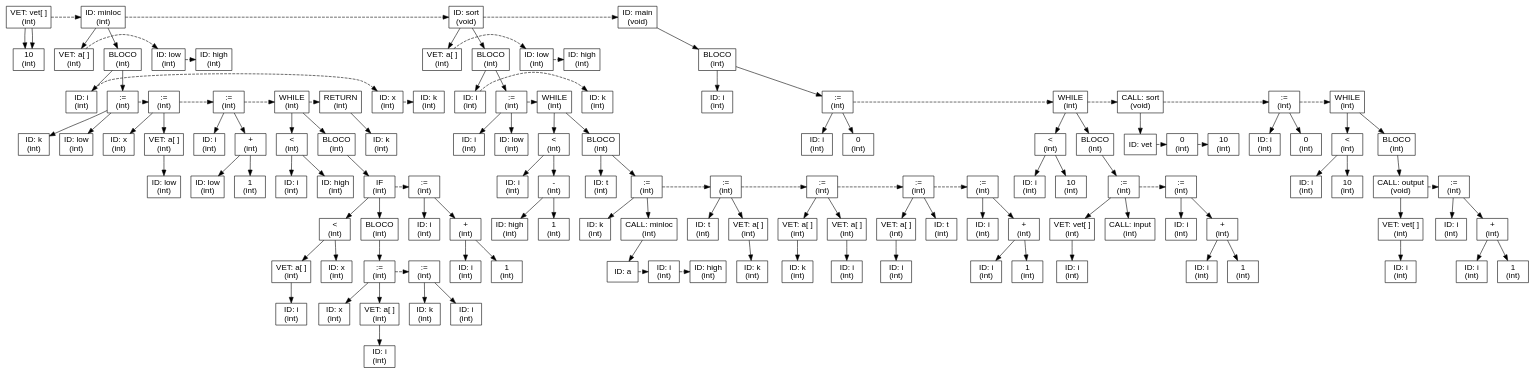
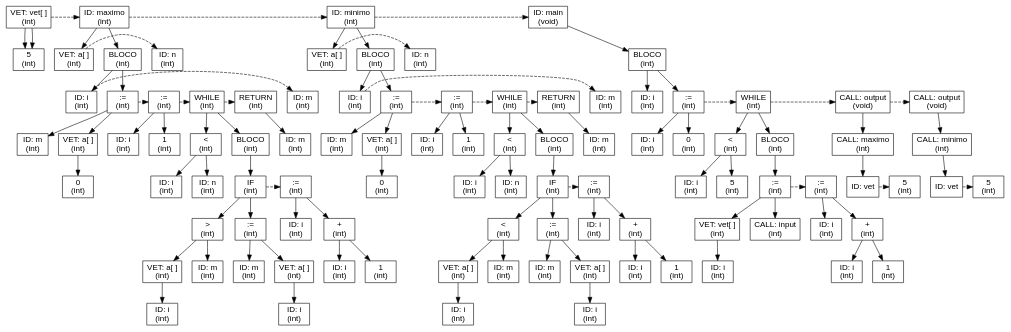
The diagram in Compilador/arvore.dot (brenonak/cminus-mips-compiler-processor), drawn with Graphviz before and after one commit. The commit also changed 13 other files, not shown here.

```diff
--- a/Compilador/arvore.dot
+++ b/Compilador/arvore.dot
@@ -2,263 +2,201 @@
   ordering=out;
 node [shape=box, fontname="Arial"];
 edge [fontname="Arial"];
-node00D11B00 [label="VET: vet[ ]\n(int)"];
-node00D11B00 -> node00D11B40;
-node00D11B40 [label="10\n(int)"];
-node00D11B00 -> node00D11B40;
-node00D11B40 [label="10\n(int)"];
-{ rank=same; node00D11B00 -> node00D1CF48 [style=dashed]; }
-node00D1CF48 [label="ID: minloc\n(int)"];
-node00D1CF48 -> node00D11BE8;
-node00D11BE8 [label="VET: a[ ]\n(int)"];
-{ rank=same; node00D11BE8 -> node00D11C58 [style=dashed]; }
-node00D11C58 [label="ID: low\n(int)"];
-{ rank=same; node00D11C58 -> node00D104B8 [style=dashed]; }
-node00D104B8 [label="ID: high\n(int)"];
-node00D1CF48 -> node00D1D368;
-node00D1D368 [label="BLOCO\n(int)"];
-node00D1D368 -> node00D104E8;
-node00D104E8 [label="ID: i\n(int)"];
-{ rank=same; node00D104E8 -> node00D10518 [style=dashed]; }
-node00D10518 [label="ID: x\n(int)"];
-{ rank=same; node00D10518 -> node00D10548 [style=dashed]; }
-node00D10548 [label="ID: k\n(int)"];
-node00D1D368 -> node00D1C4A8;
-node00D1C4A8 [label=":=\n(int)"];
-node00D1C4A8 -> node00D10578;
-node00D10578 [label="ID: k\n(int)"];
-node00D1C4A8 -> node00D1C478;
-node00D1C478 [label="ID: low\n(int)"];
-{ rank=same; node00D1C4A8 -> node00D1C568 [style=dashed]; }
-node00D1C568 [label=":=\n(int)"];
-node00D1C568 -> node00D1C4D8;
-node00D1C4D8 [label="ID: x\n(int)"];
-node00D1C568 -> node00D1C538;
-node00D1C538 [label="VET: a[ ]\n(int)"];
-node00D1C538 -> node00D1C508;
-node00D1C508 [label="ID: low\n(int)"];
-{ rank=same; node00D1C568 -> node00D1CA88 [style=dashed]; }
-node00D1CA88 [label=":=\n(int)"];
-node00D1CA88 -> node00D1C598;
-node00D1C598 [label="ID: i\n(int)"];
-node00D1CA88 -> node00D1CD88;
-node00D1CD88 [label="+\n(int)"];
-node00D1CD88 -> node00D1CD58;
-node00D1CD58 [label="ID: low\n(int)"];
-node00D1CD88 -> node00D1CCF8;
-node00D1CCF8 [label="1\n(int)"];
-{ rank=same; node00D1CA88 -> node00D1D2D8 [style=dashed]; }
-node00D1D2D8 [label="WHILE\n(int)"];
-node00D1D2D8 -> node00D1CAE8;
-node00D1CAE8 [label="<\n(int)"];
-node00D1CAE8 -> node00D1CAB8;
-node00D1CAB8 [label="ID: i\n(int)"];
-node00D1CAE8 -> node00D1CBA8;
-node00D1CBA8 [label="ID: high\n(int)"];
-node00D1D2D8 -> node00D1D0C8;
-node00D1D0C8 [label="BLOCO\n(int)"];
-node00D1D0C8 -> node00D1CD28;
-node00D1CD28 [label="IF\n(int)"];
-node00D1CD28 -> node00D1CB48;
-node00D1CB48 [label="<\n(int)"];
-node00D1CB48 -> node00D1C9F8;
-node00D1C9F8 [label="VET: a[ ]\n(int)"];
-node00D1C9F8 -> node00D1CB78;
-node00D1CB78 [label="ID: i\n(int)"];
-node00D1CB48 -> node00D1CC98;
-node00D1CC98 [label="ID: x\n(int)"];
-node00D1CD28 -> node00D1CCC8;
-node00D1CCC8 [label="BLOCO\n(int)"];
-node00D1CCC8 -> node00D1CA58;
-node00D1CA58 [label=":=\n(int)"];
-node00D1CA58 -> node00D1CB18;
-node00D1CB18 [label="ID: x\n(int)"];
-node00D1CA58 -> node00D1CBD8;
-node00D1CBD8 [label="VET: a[ ]\n(int)"];
-node00D1CBD8 -> node00D1CA28;
-node00D1CA28 [label="ID: i\n(int)"];
-{ rank=same; node00D1CA58 -> node00D1CC68 [style=dashed]; }
-node00D1CC68 [label=":=\n(int)"];
-node00D1CC68 -> node00D1CC38;
-node00D1CC38 [label="ID: k\n(int)"];
-node00D1CC68 -> node00D1CC08;
-node00D1CC08 [label="ID: i\n(int)"];
-{ rank=same; node00D1CD28 -> node00D1D3C8 [style=dashed]; }
-node00D1D3C8 [label=":=\n(int)"];
-node00D1D3C8 -> node00D1CF18;
-node00D1CF18 [label="ID: i\n(int)"];
-node00D1D3C8 -> node00D1D308;
-node00D1D308 [label="+\n(int)"];
-node00D1D308 -> node00D1D2A8;
-node00D1D2A8 [label="ID: i\n(int)"];
-node00D1D308 -> node00D1D3F8;
-node00D1D3F8 [label="1\n(int)"];
-{ rank=same; node00D1D2D8 -> node00D1CEE8 [style=dashed]; }
-node00D1CEE8 [label="RETURN\n(int)"];
-node00D1CEE8 -> node00D1D0F8;
-node00D1D0F8 [label="ID: k\n(int)"];
-{ rank=same; node00D1CF48 -> node00C00638 [style=dashed]; }
-node00C00638 [label="ID: sort\n(void)"];
-node00C00638 -> node00D1D248;
-node00D1D248 [label="VET: a[ ]\n(int)"];
-{ rank=same; node00D1D248 -> node00D1D008 [style=dashed]; }
-node00D1D008 [label="ID: low\n(int)"];
-{ rank=same; node00D1D008 -> node00D1D278 [style=dashed]; }
-node00D1D278 [label="ID: high\n(int)"];
-node00C00638 -> node00C00458;
-node00C00458 [label="BLOCO\n(int)"];
-node00C00458 -> node00D1D338;
-node00D1D338 [label="ID: i\n(int)"];
-{ rank=same; node00D1D338 -> node00D1D158 [style=dashed]; }
-node00D1D158 [label="ID: k\n(int)"];
-node00C00458 -> node00D1D398;
-node00D1D398 [label=":=\n(int)"];
-node00D1D398 -> node00D1D428;
-node00D1D428 [label="ID: i\n(int)"];
-node00D1D398 -> node00D1D1B8;
-node00D1D1B8 [label="ID: low\n(int)"];
-{ rank=same; node00D1D398 -> node00C00818 [style=dashed]; }
-node00C00818 [label="WHILE\n(int)"];
-node00C00818 -> node00D1D218;
-node00D1D218 [label="<\n(int)"];
-node00D1D218 -> node00D1CF78;
-node00D1CF78 [label="ID: i\n(int)"];
-node00D1D218 -> node00D1CEB8;
-node00D1CEB8 [label="-\n(int)"];
-node00D1CEB8 -> node00D1CE58;
-node00D1CE58 [label="ID: high\n(int)"];
-node00D1CEB8 -> node00D1CE88;
-node00D1CE88 [label="1\n(int)"];
-node00C00818 -> node00C00A88;
-node00C00A88 [label="BLOCO\n(int)"];
-node00C00A88 -> node00D1CFA8;
-node00D1CFA8 [label="ID: t\n(int)"];
-node00C00A88 -> node00D1D188;
-node00D1D188 [label=":=\n(int)"];
-node00D1D188 -> node00D1CFD8;
-node00D1CFD8 [label="ID: k\n(int)"];
-node00D1D188 -> node00D1D1E8;
-node00D1D1E8 [label="CALL: minloc\n(int)"];
-node00D1D1E8 -> node00D1D038;
-node00D1D038 [label="ID: a"];
-{ rank=same; node00D1D038 -> node00D1D098 [style=dashed]; }
-node00D1D098 [label="ID: i\n(int)"];
-{ rank=same; node00D1D098 -> node00D1D128 [style=dashed]; }
-node00D1D128 [label="ID: high\n(int)"];
-{ rank=same; node00D1D188 -> node00D1D578 [style=dashed]; }
-node00D1D578 [label=":=\n(int)"];
-node00D1D578 -> node00D1D068;
-node00D1D068 [label="ID: t\n(int)"];
-node00D1D578 -> node00D1D458;
-node00D1D458 [label="VET: a[ ]\n(int)"];
-node00D1D458 -> node00D1D4E8;
-node00D1D4E8 [label="ID: k\n(int)"];
-{ rank=same; node00D1D578 -> node00D1D5D8 [style=dashed]; }
-node00D1D5D8 [label=":=\n(int)"];
-node00D1D5D8 -> node00D1D5A8;
-node00D1D5A8 [label="VET: a[ ]\n(int)"];
-node00D1D5A8 -> node00D1D518;
-node00D1D518 [label="ID: k\n(int)"];
-node00D1D5D8 -> node00D1D4B8;
-node00D1D4B8 [label="VET: a[ ]\n(int)"];
-node00D1D4B8 -> node00D1D548;
-node00D1D548 [label="ID: i\n(int)"];
-{ rank=same; node00D1D5D8 -> node00C009F8 [style=dashed]; }
-node00C009F8 [label=":=\n(int)"];
-node00C009F8 -> node00C00B18;
-node00C00B18 [label="VET: a[ ]\n(int)"];
-node00C00B18 -> node00D1D488;
-node00D1D488 [label="ID: i\n(int)"];
-node00C009F8 -> node00C00AB8;
-node00C00AB8 [label="ID: t\n(int)"];
-{ rank=same; node00C009F8 -> node00C00A58 [style=dashed]; }
-node00C00A58 [label=":=\n(int)"];
-node00C00A58 -> node00C00A28;
-node00C00A28 [label="ID: i\n(int)"];
-node00C00A58 -> node00C009C8;
-node00C009C8 [label="+\n(int)"];
-node00C009C8 -> node00C00AE8;
-node00C00AE8 [label="ID: i\n(int)"];
-node00C009C8 -> node00C00B48;
-node00C00B48 [label="1\n(int)"];
-{ rank=same; node00C00638 -> node00C03220 [style=dashed]; }
-node00C03220 [label="ID: main\n(void)"];
-node00C03220 -> node00C03310;
-node00C03310 [label="BLOCO\n(int)"];
-node00C03310 -> node00C00758;
-node00C00758 [label="ID: i\n(int)"];
-node00C03310 -> node00C003F8;
-node00C003F8 [label=":=\n(int)"];
-node00C003F8 -> node00C00668;
-node00C00668 [label="ID: i\n(int)"];
-node00C003F8 -> node00C00788;
-node00C00788 [label="0\n(int)"];
-{ rank=same; node00C003F8 -> node00C00998 [style=dashed]; }
-node00C00998 [label="WHILE\n(int)"];
-node00C00998 -> node00C00698;
-node00C00698 [label="<\n(int)"];
-node00C00698 -> node00C00938;
-node00C00938 [label="ID: i\n(int)"];
-node00C00698 -> node00C007E8;
-node00C007E8 [label="10\n(int)"];
-node00C00998 -> node00C00728;
-node00C00728 [label="BLOCO\n(int)"];
-node00C00728 -> node00C00878;
-node00C00878 [label=":=\n(int)"];
-node00C00878 -> node00C00848;
-node00C00848 [label="VET: vet[ ]\n(int)"];
-node00C00848 -> node00C004B8;
-node00C004B8 [label="ID: i\n(int)"];
-node00C00878 -> node00C00488;
-node00C00488 [label="CALL: input\n(int)"];
-{ rank=same; node00C00878 -> node00C006F8 [style=dashed]; }
-node00C006F8 [label=":=\n(int)"];
-node00C006F8 -> node00C004E8;
-node00C004E8 [label="ID: i\n(int)"];
-node00C006F8 -> node00C005D8;
-node00C005D8 [label="+\n(int)"];
-node00C005D8 -> node00C005A8;
-node00C005A8 [label="ID: i\n(int)"];
-node00C005D8 -> node00C006C8;
-node00C006C8 [label="1\n(int)"];
-{ rank=same; node00C00998 -> node00C00518 [style=dashed]; }
-node00C00518 [label="CALL: sort\n(void)"];
-node00C00518 -> node00C008A8;
-node00C008A8 [label="ID: vet"];
-{ rank=same; node00C008A8 -> node00C007B8 [style=dashed]; }
-node00C007B8 [label="0\n(int)"];
-{ rank=same; node00C007B8 -> node00C008D8 [style=dashed]; }
-node00C008D8 [label="10\n(int)"];
-{ rank=same; node00C00518 -> node00C00578 [style=dashed]; }
-node00C00578 [label=":=\n(int)"];
-node00C00578 -> node00C00908;
-node00C00908 [label="ID: i\n(int)"];
-node00C00578 -> node00C00548;
-node00C00548 [label="0\n(int)"];
-{ rank=same; node00C00578 -> node00C03400 [style=dashed]; }
-node00C03400 [label="WHILE\n(int)"];
-node00C03400 -> node00C00428;
-node00C00428 [label="<\n(int)"];
-node00C00428 -> node00C00968;
-node00C00968 [label="ID: i\n(int)"];
-node00C00428 -> node00C003C8;
-node00C003C8 [label="10\n(int)"];
-node00C03400 -> node00C03580;
-node00C03580 [label="BLOCO\n(int)"];
-node00C03580 -> node00C03550;
-node00C03550 [label="CALL: output\n(void)"];
-node00C03550 -> node00C033D0;
-node00C033D0 [label="VET: vet[ ]\n(int)"];
-node00C033D0 -> node00C00608;
-node00C00608 [label="ID: i\n(int)"];
-{ rank=same; node00C03550 -> node00C033A0 [style=dashed]; }
-node00C033A0 [label=":=\n(int)"];
-node00C033A0 -> node00C031C0;
-node00C031C0 [label="ID: i\n(int)"];
-node00C033A0 -> node00C031F0;
-node00C031F0 [label="+\n(int)"];
-node00C031F0 -> node00C03190;
-node00C03190 [label="ID: i\n(int)"];
-node00C031F0 -> node00C03490;
-node00C03490 [label="1\n(int)"];
+node007915E8 [label="VET: vet[ ]\n(int)"];
+node007915E8 -> node00791628;
+node00791628 [label="5\n(int)"];
+node007915E8 -> node00791628;
+node00791628 [label="5\n(int)"];
+{ rank=same; node007915E8 -> node0079C0B8 [style=dashed]; }
+node0079C0B8 [label="ID: maximo\n(int)"];
+node0079C0B8 -> node00790510;
+node00790510 [label="VET: a[ ]\n(int)"];
+{ rank=same; node00790510 -> node00790580 [style=dashed]; }
+node00790580 [label="ID: n\n(int)"];
+node0079C0B8 -> node0079C058;
+node0079C058 [label="BLOCO\n(int)"];
+node0079C058 -> node0079BA78;
+node0079BA78 [label="ID: i\n(int)"];
+{ rank=same; node0079BA78 -> node0079BDF8 [style=dashed]; }
+node0079BDF8 [label="ID: m\n(int)"];
+node0079C058 -> node0079BEB8;
+node0079BEB8 [label=":=\n(int)"];
+node0079BEB8 -> node0079BE28;
+node0079BE28 [label="ID: m\n(int)"];
+node0079BEB8 -> node0079BE88;
+node0079BE88 [label="VET: a[ ]\n(int)"];
+node0079BE88 -> node0079BE58;
+node0079BE58 [label="0\n(int)"];
+{ rank=same; node0079BEB8 -> node0079BF48 [style=dashed]; }
+node0079BF48 [label=":=\n(int)"];
+node0079BF48 -> node0079BEE8;
+node0079BEE8 [label="ID: i\n(int)"];
+node0079BF48 -> node0079BF18;
+node0079BF18 [label="1\n(int)"];
+{ rank=same; node0079BF48 -> node0079C1D8 [style=dashed]; }
+node0079C1D8 [label="WHILE\n(int)"];
+node0079C1D8 -> node0079BFD8;
+node0079BFD8 [label="<\n(int)"];
+node0079BFD8 -> node0079BF78;
+node0079BF78 [label="ID: i\n(int)"];
+node0079BFD8 -> node0079BFA8;
+node0079BFA8 [label="ID: n\n(int)"];
+node0079C1D8 -> node0079C238;
+node0079C238 [label="BLOCO\n(int)"];
+node0079C238 -> node0079C2F8;
+node0079C2F8 [label="IF\n(int)"];
+node0079C2F8 -> node0079C3B8;
+node0079C3B8 [label=">\n(int)"];
+node0079C3B8 -> node0079C0E8;
+node0079C0E8 [label="VET: a[ ]\n(int)"];
+node0079C0E8 -> node0079C268;
+node0079C268 [label="ID: i\n(int)"];
+node0079C3B8 -> node0079C178;
+node0079C178 [label="ID: m\n(int)"];
+node0079C2F8 -> node0079C148;
+node0079C148 [label=":=\n(int)"];
+node0079C148 -> node0079C208;
+node0079C208 [label="ID: m\n(int)"];
+node0079C148 -> node0079C1A8;
+node0079C1A8 [label="VET: a[ ]\n(int)"];
+node0079C1A8 -> node0079C298;
+node0079C298 [label="ID: i\n(int)"];
+{ rank=same; node0079C2F8 -> node0079C118 [style=dashed]; }
+node0079C118 [label=":=\n(int)"];
+node0079C118 -> node0079C2C8;
+node0079C2C8 [label="ID: i\n(int)"];
+node0079C118 -> node0079C328;
+node0079C328 [label="+\n(int)"];
+node0079C328 -> node0079C388;
+node0079C388 [label="ID: i\n(int)"];
+node0079C328 -> node0079C088;
+node0079C088 [label="1\n(int)"];
+{ rank=same; node0079C1D8 -> node0079C3E8 [style=dashed]; }
+node0079C3E8 [label="RETURN\n(int)"];
+node0079C3E8 -> node0079C358;
+node0079C358 [label="ID: m\n(int)"];
+{ rank=same; node0079C0B8 -> node0079D368 [style=dashed]; }
+node0079D368 [label="ID: minimo\n(int)"];
+node0079D368 -> node0079CBE8;
+node0079CBE8 [label="VET: a[ ]\n(int)"];
+{ rank=same; node0079CBE8 -> node0079CFA8 [style=dashed]; }
+node0079CFA8 [label="ID: n\n(int)"];
+node0079D368 -> node0079D2A8;
+node0079D2A8 [label="BLOCO\n(int)"];
+node0079D2A8 -> node0079CF18;
+node0079CF18 [label="ID: i\n(int)"];
+{ rank=same; node0079CF18 -> node0079CD98 [style=dashed]; }
+node0079CD98 [label="ID: m\n(int)"];
+node0079D2A8 -> node0079CF78;
+node0079CF78 [label=":=\n(int)"];
+node0079CF78 -> node0079CC18;
+node0079CC18 [label="ID: m\n(int)"];
+node0079CF78 -> node0079CFD8;
+node0079CFD8 [label="VET: a[ ]\n(int)"];
+node0079CFD8 -> node0079CF48;
+node0079CF48 [label="0\n(int)"];
+{ rank=same; node0079CF78 -> node0079CE58 [style=dashed]; }
+node0079CE58 [label=":=\n(int)"];
+node0079CE58 -> node0079CDF8;
+node0079CDF8 [label="ID: i\n(int)"];
+node0079CE58 -> node0079D008;
+node0079D008 [label="1\n(int)"];
+{ rank=same; node0079CE58 -> node0079CE28 [style=dashed]; }
+node0079CE28 [label="WHILE\n(int)"];
+node0079CE28 -> node0079D188;
+node0079D188 [label="<\n(int)"];
+node0079D188 -> node0079D038;
+node0079D038 [label="ID: i\n(int)"];
+node0079D188 -> node0079CC48;
+node0079CC48 [label="ID: n\n(int)"];
+node0079CE28 -> node0079CEB8;
+node0079CEB8 [label="BLOCO\n(int)"];
+node0079CEB8 -> node0079D158;
+node0079D158 [label="IF\n(int)"];
+node0079D158 -> node0079CD08;
+node0079CD08 [label="<\n(int)"];
+node0079CD08 -> node0079CC78;
+node0079CC78 [label="VET: a[ ]\n(int)"];
+node0079CC78 -> node0079D068;
+node0079D068 [label="ID: i\n(int)"];
+node0079CD08 -> node0079D098;
+node0079D098 [label="ID: m\n(int)"];
+node0079D158 -> node0079D128;
+node0079D128 [label=":=\n(int)"];
+node0079D128 -> node0079CCA8;
+node0079CCA8 [label="ID: m\n(int)"];
+node0079D128 -> node0079D0F8;
+node0079D0F8 [label="VET: a[ ]\n(int)"];
+node0079D0F8 -> node0079D0C8;
+node0079D0C8 [label="ID: i\n(int)"];
+{ rank=same; node0079D158 -> node0079D1B8 [style=dashed]; }
+node0079D1B8 [label=":=\n(int)"];
+node0079D1B8 -> node0079CD68;
+node0079CD68 [label="ID: i\n(int)"];
+node0079D1B8 -> node0079CDC8;
+node0079CDC8 [label="+\n(int)"];
+node0079CDC8 -> node0079CCD8;
+node0079CCD8 [label="ID: i\n(int)"];
+node0079CDC8 -> node0079CD38;
+node0079CD38 [label="1\n(int)"];
+{ rank=same; node0079CE28 -> node0079CEE8 [style=dashed]; }
+node0079CEE8 [label="RETURN\n(int)"];
+node0079CEE8 -> node0079CE88;
+node0079CE88 [label="ID: m\n(int)"];
+{ rank=same; node0079D368 -> node00BF05E8 [style=dashed]; }
+node00BF05E8 [label="ID: main\n(void)"];
+node00BF05E8 -> node00BF0408;
+node00BF0408 [label="BLOCO\n(int)"];
+node00BF0408 -> node0079D278;
+node0079D278 [label="ID: i\n(int)"];
+node00BF0408 -> node0079D218;
+node0079D218 [label=":=\n(int)"];
+node0079D218 -> node0079D1E8;
+node0079D1E8 [label="ID: i\n(int)"];
+node0079D218 -> node0079D308;
+node0079D308 [label="0\n(int)"];
+{ rank=same; node0079D218 -> node00BF0288 [style=dashed]; }
+node00BF0288 [label="WHILE\n(int)"];
+node00BF0288 -> node0079D338;
+node0079D338 [label="<\n(int)"];
+node0079D338 -> node0079D248;
+node0079D248 [label="ID: i\n(int)"];
+node0079D338 -> node0079D2D8;
+node0079D2D8 [label="5\n(int)"];
+node00BF0288 -> node00BF05B8;
+node00BF05B8 [label="BLOCO\n(int)"];
+node00BF05B8 -> node00BF07C8;
+node00BF07C8 [label=":=\n(int)"];
+node00BF07C8 -> node00BF0768;
+node00BF0768 [label="VET: vet[ ]\n(int)"];
+node00BF0768 -> node00BF06D8;
+node00BF06D8 [label="ID: i\n(int)"];
+node00BF07C8 -> node00BF0798;
+node00BF0798 [label="CALL: input\n(int)"];
+{ rank=same; node00BF07C8 -> node00BF06A8 [style=dashed]; }
+node00BF06A8 [label=":=\n(int)"];
+node00BF06A8 -> node00BF0708;
+node00BF0708 [label="ID: i\n(int)"];
+node00BF06A8 -> node00BF0678;
+node00BF0678 [label="+\n(int)"];
+node00BF0678 -> node00BF07F8;
+node00BF07F8 [label="ID: i\n(int)"];
+node00BF0678 -> node00BF0738;
+node00BF0738 [label="1\n(int)"];
+{ rank=same; node00BF0288 -> node00BF01C8 [style=dashed]; }
+node00BF01C8 [label="CALL: output\n(void)"];
+node00BF01C8 -> node00BF0528;
+node00BF0528 [label="CALL: maximo\n(int)"];
+node00BF0528 -> node00BF0318;
+node00BF0318 [label="ID: vet"];
+{ rank=same; node00BF0318 -> node00BF04F8 [style=dashed]; }
+node00BF04F8 [label="5\n(int)"];
+{ rank=same; node00BF01C8 -> node00BF0558 [style=dashed]; }
+node00BF0558 [label="CALL: output\n(void)"];
+node00BF0558 -> node00BF0438;
+node00BF0438 [label="CALL: minimo\n(int)"];
+node00BF0438 -> node00BF0258;
+node00BF0258 [label="ID: vet"];
+{ rank=same; node00BF0258 -> node00BF01F8 [style=dashed]; }
+node00BF01F8 [label="5\n(int)"];
 }
```
